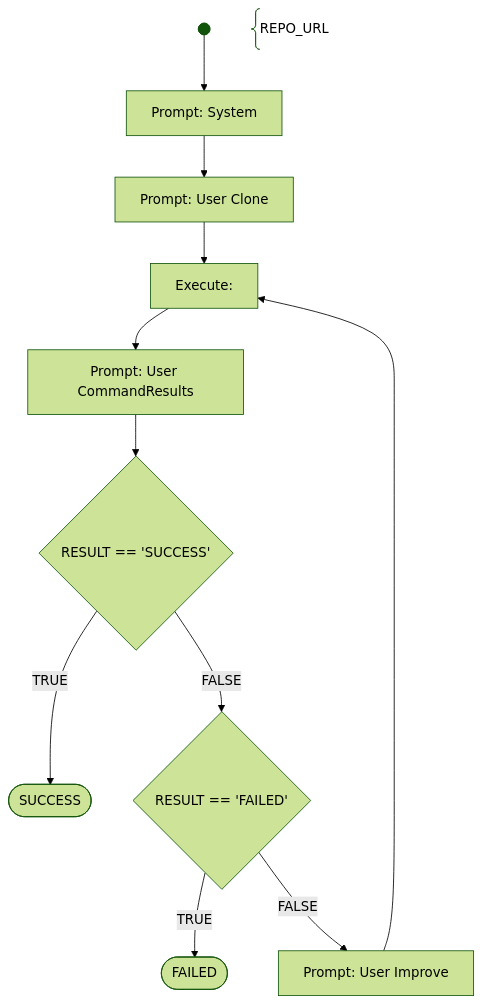
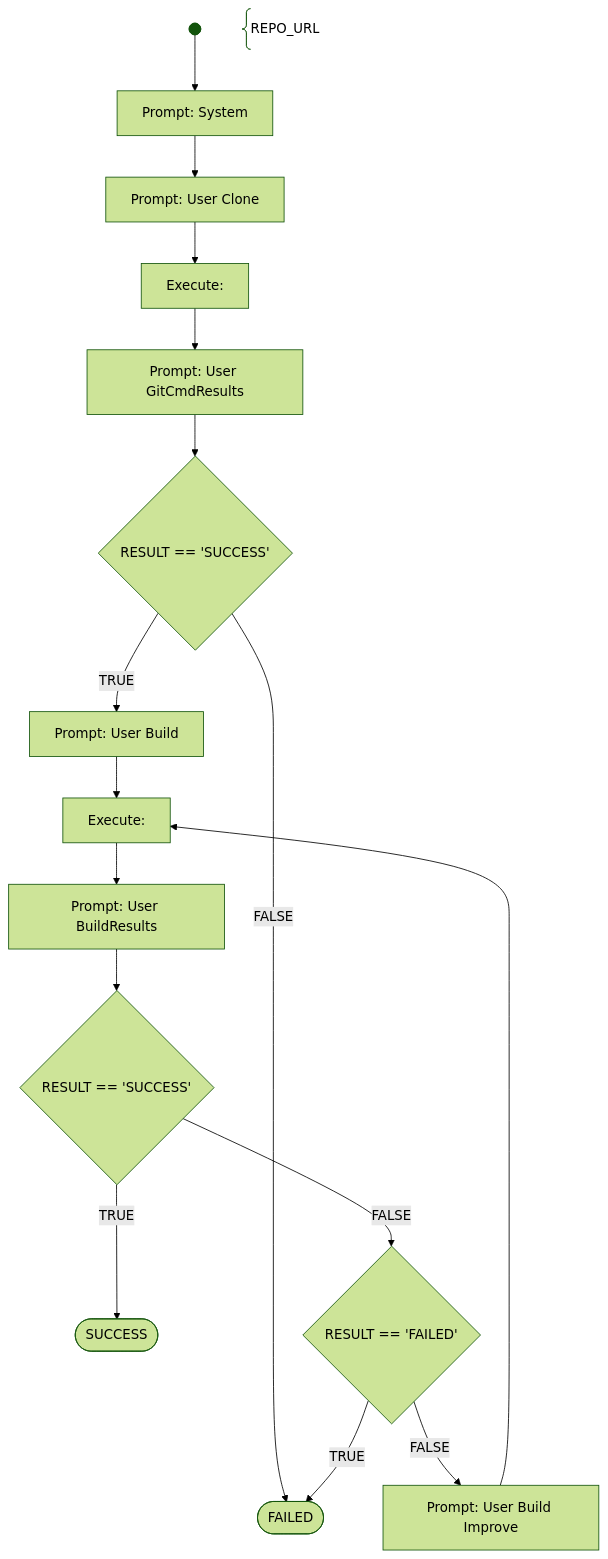
One commit to BernLeWal/AICodeMentor changed the diagram in workflows/bif5-swkom/paperless-sprint1-musthaves.wf.md. Above: the diagram before and after it, drawn with Mermaid (forest theme). The commit also changed other lines of this file and 14 other files, not shown here.

````diff
--- a/workflows/bif5-swkom/paperless-sprint1-musthaves.wf.md
+++ b/workflows/bif5-swkom/paperless-sprint1-musthaves.wf.md
@@ -7,21 +17,27 @@
 ```mermaid
 flowchart TD
     START@{ shape: f-circ, label:"start"} --> PROMPT_SYSTEM
     PARAMS@{ shape: comment, label: "REPO_URL"}
 
     PROMPT_SYSTEM[Prompt: System] --> PROMPT_CLONE
-    PROMPT_CLONE[Prompt: User Clone] --> EXECUTE_OUTPUT
-    EXECUTE_OUTPUT[Execute: ] --> PROMPT_CMDRESULTS
 
-    PROMPT_CMDRESULTS[Prompt: User CommandResults] --> CHECK_RESULT_SUCCESS{RESULT == 'SUCCESS'}
-    CHECK_RESULT_SUCCESS --> |TRUE| SUCCESS
-    CHECK_RESULT_SUCCESS --> |FALSE| CHECK_RESULT_FAILED{RESULT == 'FAILED'} 
+    PROMPT_CLONE[Prompt: User Clone] --> EXECUTE_GITCLONE
+    EXECUTE_GITCLONE[Execute: ] --> PROMPT_GITRESULTS
 
-    CHECK_RESULT_FAILED --> |TRUE| FAILED
-    CHECK_RESULT_FAILED --> |FALSE| PROMPT_IMPROVE
+    PROMPT_GITRESULTS[Prompt: User GitCmdResults] --> CHECK_GITRESULT_SUCCESS{RESULT == 'SUCCESS'}
+    CHECK_GITRESULT_SUCCESS --> |TRUE| PROMPT_BUILD
+    CHECK_GITRESULT_SUCCESS --> |FALSE| FAILED
 
-    PROMPT_IMPROVE[Prompt: User Improve] --> EXECUTE_OUTPUT
+    PROMPT_BUILD[Prompt: User Build] --> EXECUTE_BUILD
+    EXECUTE_BUILD[Execute: ] --> PROMPT_BUILDRESULTS
+
+    PROMPT_BUILDRESULTS[Prompt: User BuildResults] --> CHECK_BUILDRESULT_SUCCESS{RESULT == 'SUCCESS'}
+    CHECK_BUILDRESULT_SUCCESS --> |TRUE| SUCCESS
+    CHECK_BUILDRESULT_SUCCESS --> |FALSE| CHECK_BUILDRESULT_FAILED{RESULT == 'FAILED'} 
+    CHECK_BUILDRESULT_FAILED --> |TRUE| FAILED
+    CHECK_BUILDRESULT_FAILED --> |FALSE| PROMPT_BUILD_IMPROVE
+    PROMPT_BUILD_IMPROVE[Prompt: User Build Improve] --> EXECUTE_BUILD
     
     SUCCESS@{ shape: stadium  }
     FAILED@{ shape: stadium }
 ```
````
